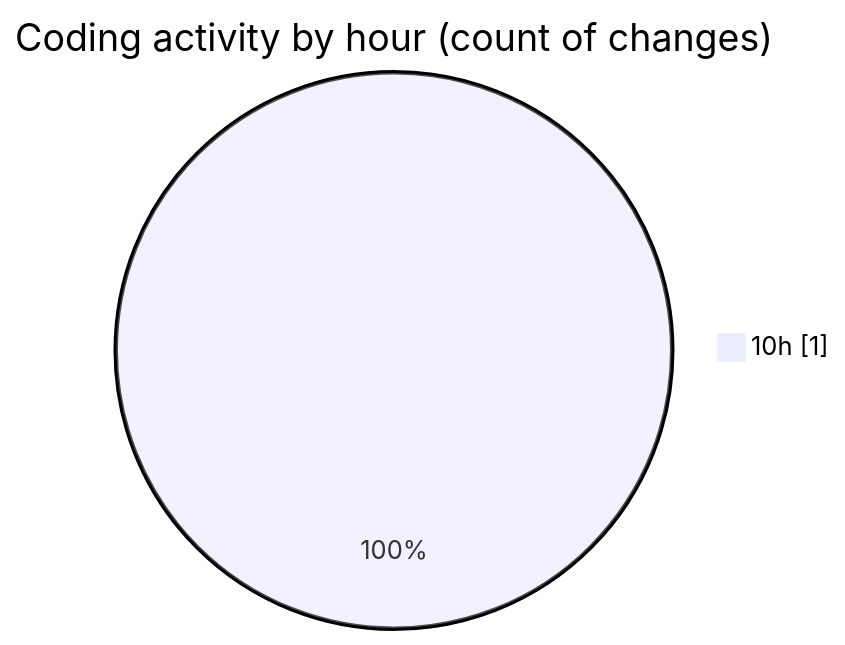
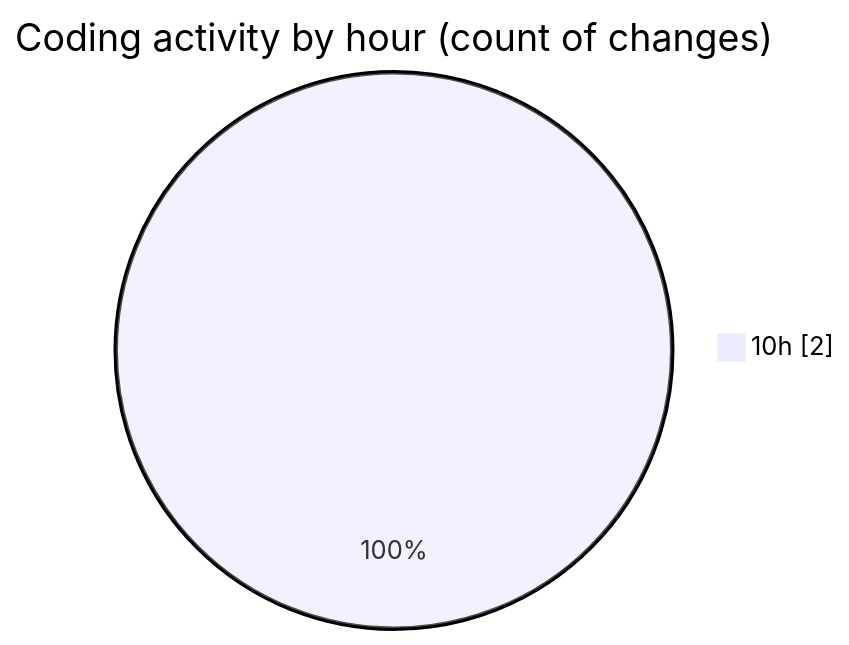
One commit to NitaiMahat/code-tracking changed the second of 2 diagrams in 2025-02-01/java/README.md. Above: the diagram before and after it, drawn with Mermaid. The commit also changed other lines of this file and 1 other file, not shown here.

````diff
--- a/2025-02-01/java/README.md
+++ b/2025-02-01/java/README.md
@@ -28,5 +28,5 @@
 ```mermaid
 pie showData
 title Coding activity by hour (count of changes)
-"10h" : 1
+"10h" : 2
 ```
````
